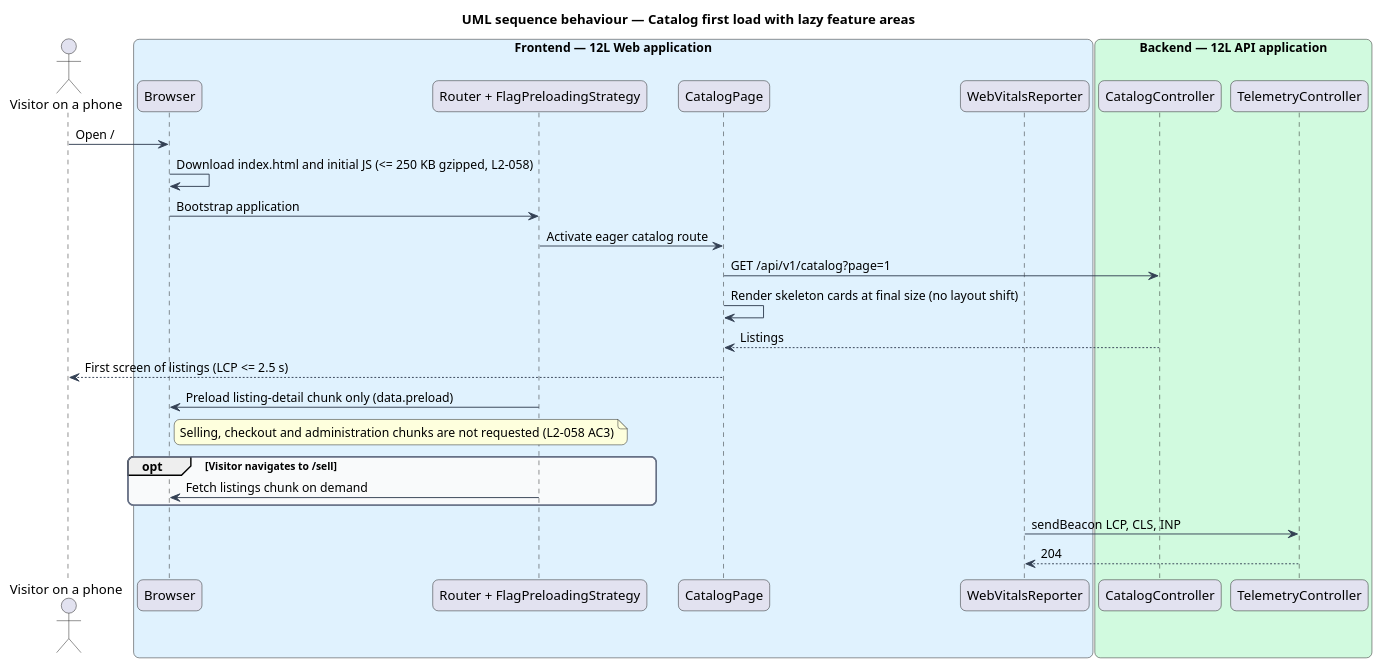
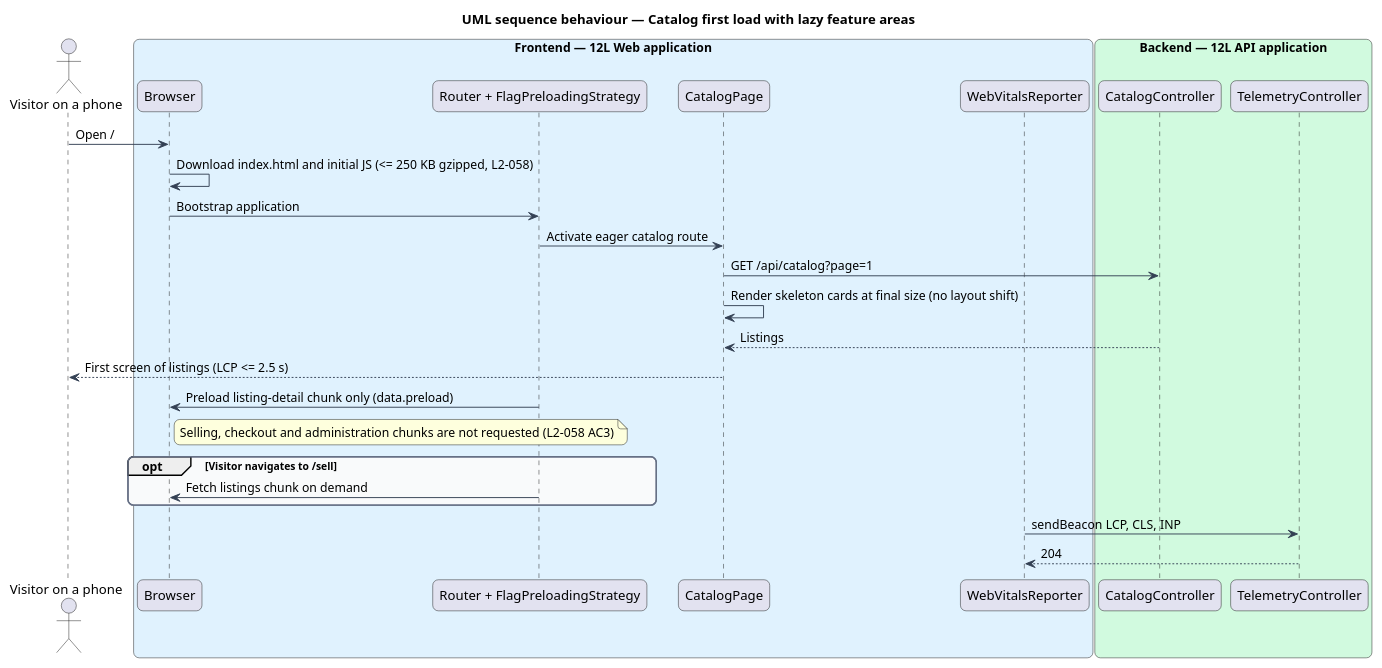
The diagram in docs/detailed-designs/platform/meet-performance-and-scale/diagrams/sequence-catalog-first-load.puml (QuinntyneBrown/12l), drawn with PlantUML before and after one commit. The commit also changed 28 other files, not shown here.

```diff
--- a/docs/detailed-designs/platform/meet-performance-and-scale/diagrams/sequence-catalog-first-load.puml
+++ b/docs/detailed-designs/platform/meet-performance-and-scale/diagrams/sequence-catalog-first-load.puml
@@ -1,43 +1,43 @@
 @startuml
 title UML sequence behaviour — Catalog first load with lazy feature areas
 skinparam backgroundColor #FFFFFF
 skinparam shadowing false
 skinparam roundcorner 12
 skinparam defaultFontName Arial
 skinparam ArrowColor #344054
 skinparam rectangle {
   BorderColor #344054
   FontColor #101828
 }
 skinparam package {
   BorderColor #667085
   FontColor #101828
   BackgroundColor #F9FAFB
 }
 actor "Visitor on a phone" as actor
 box "Frontend — 12L Web application" #E0F2FE
   participant "Browser" as browser
   participant "Router + FlagPreloadingStrategy" as router
   participant "CatalogPage" as page
   participant "WebVitalsReporter" as vitals
 end box
 box "Backend — 12L API application" #D1FADF
   participant "CatalogController" as api
   participant "TelemetryController" as tele
 end box
 actor -> browser : Open /
 browser -> browser : Download index.html and initial JS (<= 250 KB gzipped, L2-058)
 browser -> router : Bootstrap application
 router -> page : Activate eager catalog route
-page -> api : GET /api/v1/catalog?page=1
+page -> api : GET /api/catalog?page=1
 page -> page : Render skeleton cards at final size (no layout shift)
 api --> page : Listings
 page --> actor : First screen of listings (LCP <= 2.5 s)
 router -> browser : Preload listing-detail chunk only (data.preload)
 note right of browser : Selling, checkout and administration chunks are not requested (L2-058 AC3)
 opt Visitor navigates to /sell
   router -> browser : Fetch listings chunk on demand
 end
 vitals -> tele : sendBeacon LCP, CLS, INP
 tele --> vitals : 204
 @enduml
```
